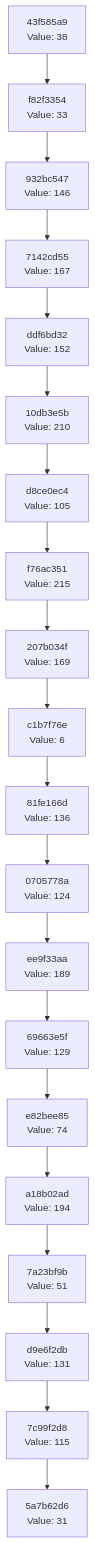
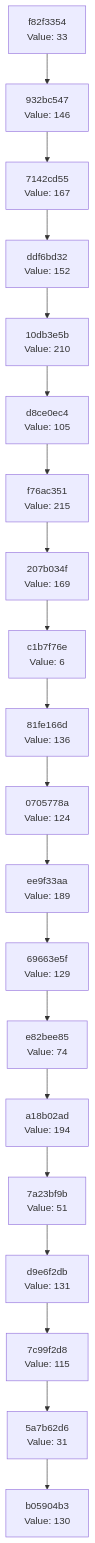
Before and after one commit to Abhisheksinha1506/hash-chain-evolver: the diagram in docs/CHAIN_VISUALIZATION.md, drawn with Mermaid. The commit also changed 3 other files, not shown here.

````diff
--- a/docs/CHAIN_VISUALIZATION.md
+++ b/docs/CHAIN_VISUALIZATION.md
@@ -3,42 +3,42 @@
 ```mermaid
 graph TD
-    C0["5a7b62d6<br/>Value: 31"]
-    C1["7c99f2d8<br/>Value: 115"]
+    C0["b05904b3<br/>Value: 130"]
+    C1["5a7b62d6<br/>Value: 31"]
     C1 --> C0
-    C2["d9e6f2db<br/>Value: 131"]
+    C2["7c99f2d8<br/>Value: 115"]
     C2 --> C1
-    C3["7a23bf9b<br/>Value: 51"]
+    C3["d9e6f2db<br/>Value: 131"]
     C3 --> C2
-    C4["a18b02ad<br/>Value: 194"]
+    C4["7a23bf9b<br/>Value: 51"]
     C4 --> C3
-    C5["e82bee85<br/>Value: 74"]
+    C5["a18b02ad<br/>Value: 194"]
     C5 --> C4
-    C6["69663e5f<br/>Value: 129"]
+    C6["e82bee85<br/>Value: 74"]
     C6 --> C5
-    C7["ee9f33aa<br/>Value: 189"]
+    C7["69663e5f<br/>Value: 129"]
     C7 --> C6
-    C8["0705778a<br/>Value: 124"]
+    C8["ee9f33aa<br/>Value: 189"]
     C8 --> C7
-    C9["81fe166d<br/>Value: 136"]
+    C9["0705778a<br/>Value: 124"]
     C9 --> C8
-    C10["c1b7f76e<br/>Value: 6"]
+    C10["81fe166d<br/>Value: 136"]
     C10 --> C9
-    C11["207b034f<br/>Value: 169"]
+    C11["c1b7f76e<br/>Value: 6"]
     C11 --> C10
-    C12["f76ac351<br/>Value: 215"]
+    C12["207b034f<br/>Value: 169"]
     C12 --> C11
-    C13["d8ce0ec4<br/>Value: 105"]
+    C13["f76ac351<br/>Value: 215"]
     C13 --> C12
-    C14["10db3e5b<br/>Value: 210"]
+    C14["d8ce0ec4<br/>Value: 105"]
     C14 --> C13
-    C15["ddf6bd32<br/>Value: 152"]
+    C15["10db3e5b<br/>Value: 210"]
     C15 --> C14
-    C16["7142cd55<br/>Value: 167"]
+    C16["ddf6bd32<br/>Value: 152"]
     C16 --> C15
-    C17["932bc547<br/>Value: 146"]
+    C17["7142cd55<br/>Value: 167"]
     C17 --> C16
-    C18["f82f3354<br/>Value: 33"]
+    C18["932bc547<br/>Value: 146"]
     C18 --> C17
-    C19["43f585a9<br/>Value: 38"]
+    C19["f82f3354<br/>Value: 33"]
     C19 --> C18
 ```
````
